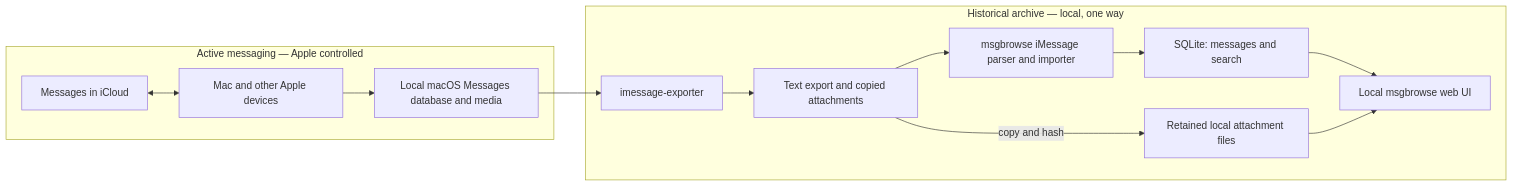
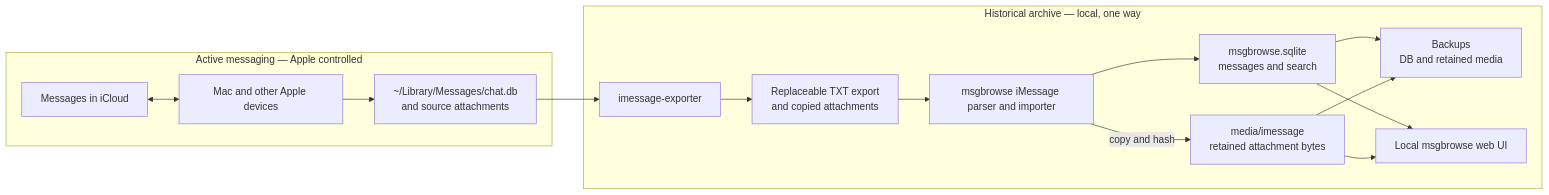
One commit to drew-wks/msgbrowse changed the diagram in docs/ARCHITECTURE.md. Above: the diagram before and after it, drawn with Mermaid. The commit also changed other lines of this file and 3 other files, not shown here.

````diff
--- a/docs/ARCHITECTURE.md
+++ b/docs/ARCHITECTURE.md
@@ -13,17 +23,20 @@
 ```mermaid
 flowchart LR
   subgraph Active[Active messaging — Apple controlled]
     Cloud[Messages in iCloud] <--> Devices[Mac and other Apple devices]
-    Devices --> ChatDB[Local macOS Messages database and media]
+    Devices --> ChatDB["~/Library/Messages/chat.db<br/>and source attachments"]
   end
   subgraph Archive[Historical archive — local, one way]
     Exporter[imessage-exporter]
-    Export[Text export and copied attachments]
+    Export["Replaceable TXT export<br/>and copied attachments"]
     Ingest[msgbrowse iMessage parser and importer]
-    DB[SQLite: messages and search]
-    Media[Retained local attachment files]
+    DB["msgbrowse.sqlite<br/>messages and search"]
+    Media["media/imessage<br/>retained attachment bytes"]
+    Backup["Backups<br/>DB and retained media"]
     UI[Local msgbrowse web UI]
     ChatDB --> Exporter --> Export --> Ingest --> DB --> UI
-    Export -->|copy and hash| Media --> UI
+    Ingest -->|copy and hash| Media --> UI
+    DB --> Backup
+    Media --> Backup
   end
 ```
````
